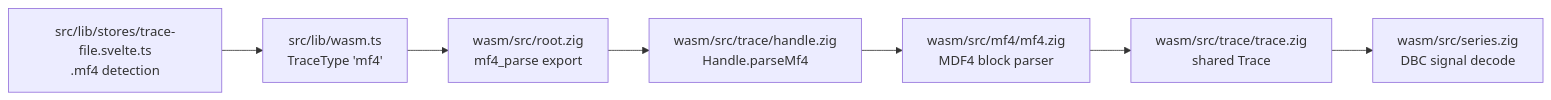
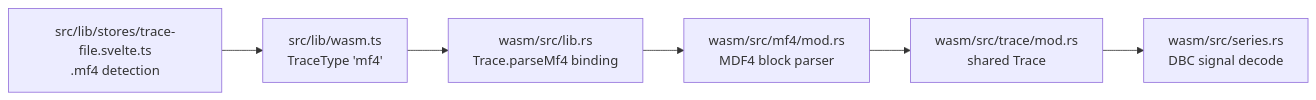
One commit to tomrford/cantraceviewer changed the second of 2 diagrams in docs/mf4-file-format.md. Above: the diagram before and after it, drawn with Mermaid. The commit also changed other lines of this file and 82 other files, not shown here.

First line of the commit message:
refactor: replace Zig WASM backend with Rust (#93)

````diff
--- a/docs/mf4-file-format.md
+++ b/docs/mf4-file-format.md
@@ -148,9 +148,8 @@
 ```mermaid
 flowchart LR
     A["src/lib/stores/trace-file.svelte.ts<br/>.mf4 detection"] --> B["src/lib/wasm.ts<br/>TraceType 'mf4'"]
-    B --> C["wasm/src/root.zig<br/>mf4_parse export"]
-    C --> D["wasm/src/trace/handle.zig<br/>Handle.parseMf4"]
-    D --> E["wasm/src/mf4/mf4.zig<br/>MDF4 block parser"]
-    E --> F["wasm/src/trace/trace.zig<br/>shared Trace"]
-    F --> G["wasm/src/series.zig<br/>DBC signal decode"]
+    B --> C["wasm/src/lib.rs<br/>Trace.parseMf4 binding"]
+    C --> D["wasm/src/mf4/mod.rs<br/>MDF4 block parser"]
+    D --> E["wasm/src/trace/mod.rs<br/>shared Trace"]
+    E --> F["wasm/src/series.rs<br/>DBC signal decode"]
 ```
````
